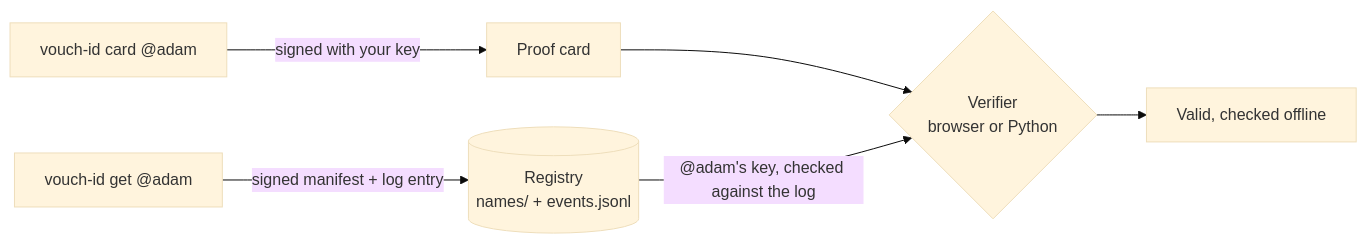
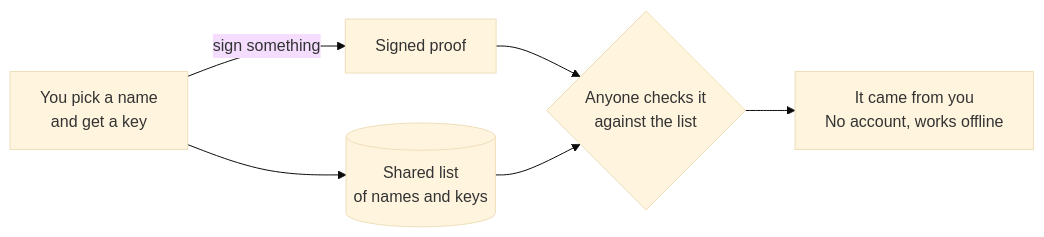
The diagram in README.md (ao3575911/Vouch), drawn with Mermaid (base theme) before and after one commit. The commit also changed other lines of this file, not shown here.

````diff
--- a/README.md
+++ b/README.md
@@ -11,8 +15,8 @@
 ```mermaid
 flowchart LR
-    get["vouch-id get @adam"] -->|"signed manifest + log entry"| reg[("Registry<br/>names/ + events.jsonl")]
-    card["vouch-id card @adam"] -->|"signed with your key"| proof["Proof card"]
-    proof --> check{"Verifier<br/>browser or Python"}
-    reg -->|"@adam's key, checked against the log"| check
-    check --> ok["Valid, checked offline"]
+    you["You pick a name<br/>and get a key"] --> list[("Shared list<br/>of names and keys")]
+    you -->|"sign something"| proof["Signed proof"]
+    proof --> check{"Anyone checks it<br/>against the list"}
+    list --> check
+    check --> ok["It came from you<br/>No account, works offline"]
 ```
````
